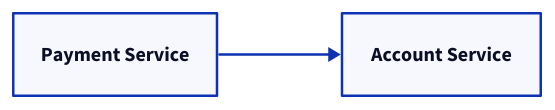
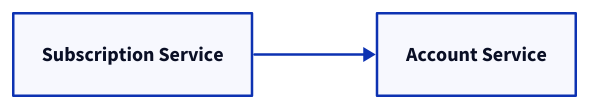
One commit to link1905/system-design-101 changed the ninth of 16 diagrams in content/docs/web-service/service-cluster.md. Above: the diagram before and after it, drawn with D2. The commit also changed other lines of this file and 10 other files, not shown here.

````diff
--- a/content/docs/web-service/service-cluster.md
+++ b/content/docs/web-service/service-cluster.md
@@ -271,10 +289,12 @@
 ```d2
 direction: right
-a: Payment Service {
+a: Subscription Service {
    class: server
 }
 b: Account Service {
    class: generic-error
 }
-a -> b
+a -> b {
+  class: error-conn
+}
 ```
````
